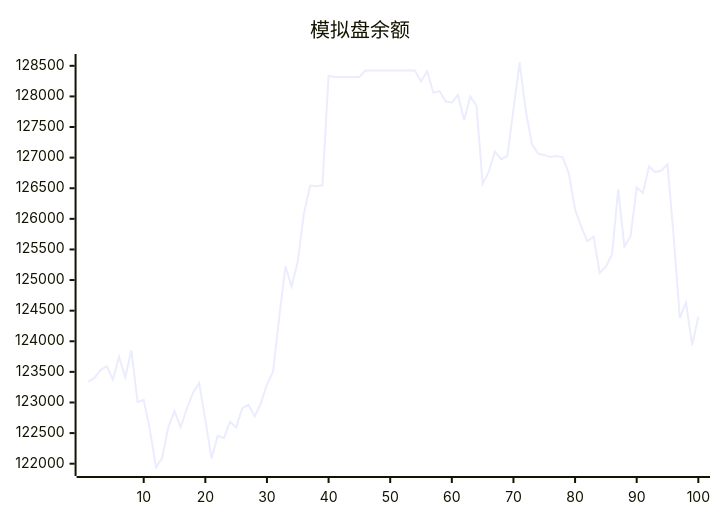
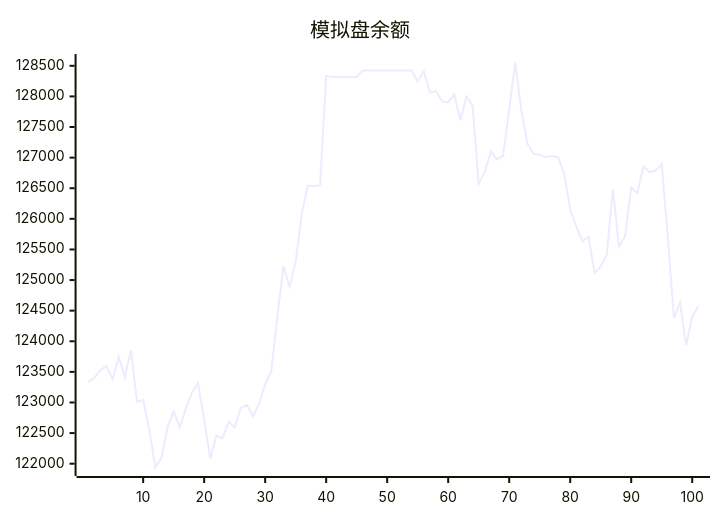
Before and after one commit to aahl/ai-trading: the diagram in README.md, drawn with Mermaid. The commit also changed other lines of this file and 1 other file, not shown here.

````diff
--- a/README.md
+++ b/README.md
@@ -5,5 +5,5 @@
 ```mermaid
 xychart
     title "模拟盘余额"
-    line [123338,123402,123530,123592,123378,123745,123413,123853,123009,123040,122557,121938,122095,122599,122856,122597,122898,123160,123319,122719,122087,122454,122416,122685,122592,122907,122961,122776,122981,123295,123507,124403,125224,124894,125303,126088,126544,126534,126549,128335,128318,128318,128318,128318,128318,128424,128424,128424,128424,128424,128424,128424,128424,128424,128247,128412,128062,128087,127917,127901,128026,127611,128000,127850,126572,126770,127100,126971,127029,127783,128554,127765,127224,127064,127044,127009,127025,127004,126738,126152,125871,125635,125707,125117,125217,125420,126480,125545,125715,126511,126424,126856,126764,126788,126890,125710,124381,124632,123936,124402]
+    line [123338,123402,123530,123592,123378,123745,123413,123853,123009,123040,122557,121938,122095,122599,122856,122597,122898,123160,123319,122719,122087,122454,122416,122685,122592,122907,122961,122776,122981,123295,123507,124403,125224,124894,125303,126088,126544,126534,126549,128335,128318,128318,128318,128318,128318,128424,128424,128424,128424,128424,128424,128424,128424,128424,128247,128412,128062,128087,127917,127901,128026,127611,128000,127850,126572,126770,127100,126971,127029,127783,128554,127765,127224,127064,127044,127009,127025,127004,126738,126152,125871,125635,125707,125117,125217,125420,126480,125545,125715,126511,126424,126856,126764,126788,126890,125710,124381,124632,123936,124402,124574]
 ```
````
